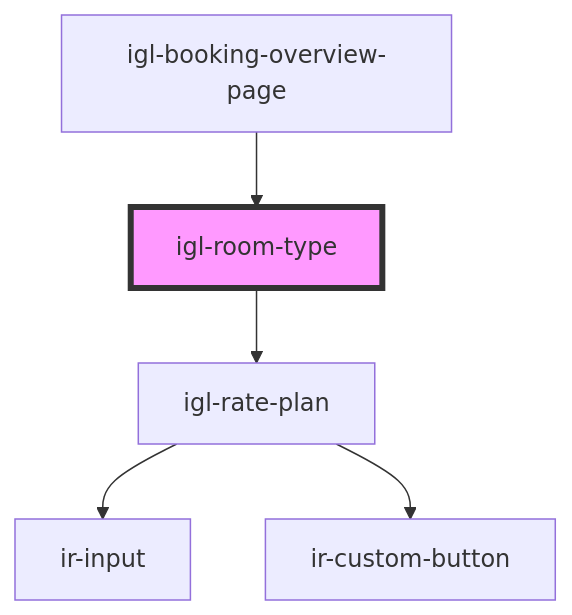
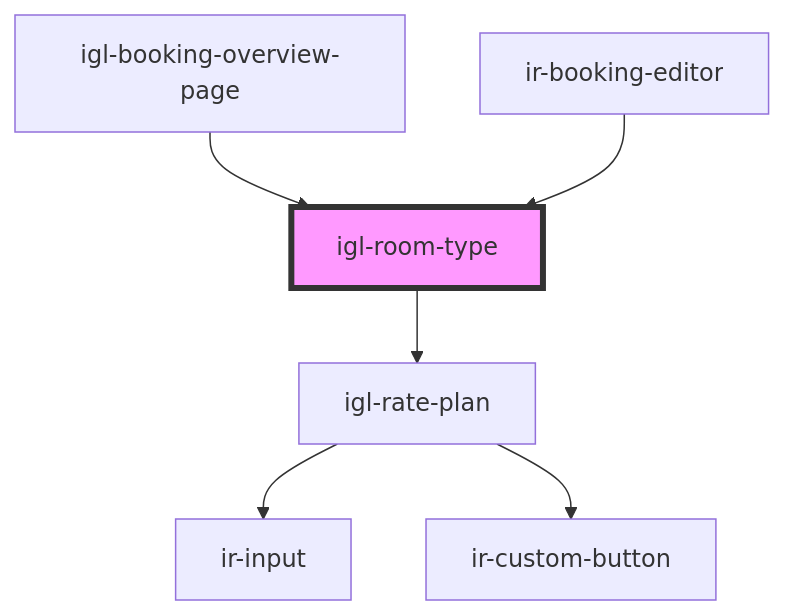
One commit to David1Chowaifaty/modified-ir-webcmp changed the diagram in src/components/igloo-calendar/igl-book-property/igl-booking-overview-page/igl-room-type/readme.md. Above: the diagram before and after it, drawn with Mermaid. The commit also changed other lines of this file and 56 other files, not shown here.

First line of the commit message:
Enhance IrBookingEditor and related components with new validation and input handling

````diff
--- a/src/components/igloo-calendar/igl-book-property/igl-booking-overview-page/igl-room-type/readme.md
+++ b/src/components/igloo-calendar/igl-book-property/igl-booking-overview-page/igl-room-type/readme.md
@@ -40,8 +32,9 @@
 ```mermaid
 graph TD;
   igl-room-type --> igl-rate-plan
   igl-rate-plan --> ir-input
   igl-rate-plan --> ir-custom-button
   igl-booking-overview-page --> igl-room-type
+  ir-booking-editor --> igl-room-type
   style igl-room-type fill:#f9f,stroke:#333,stroke-width:4px
 ```
````
